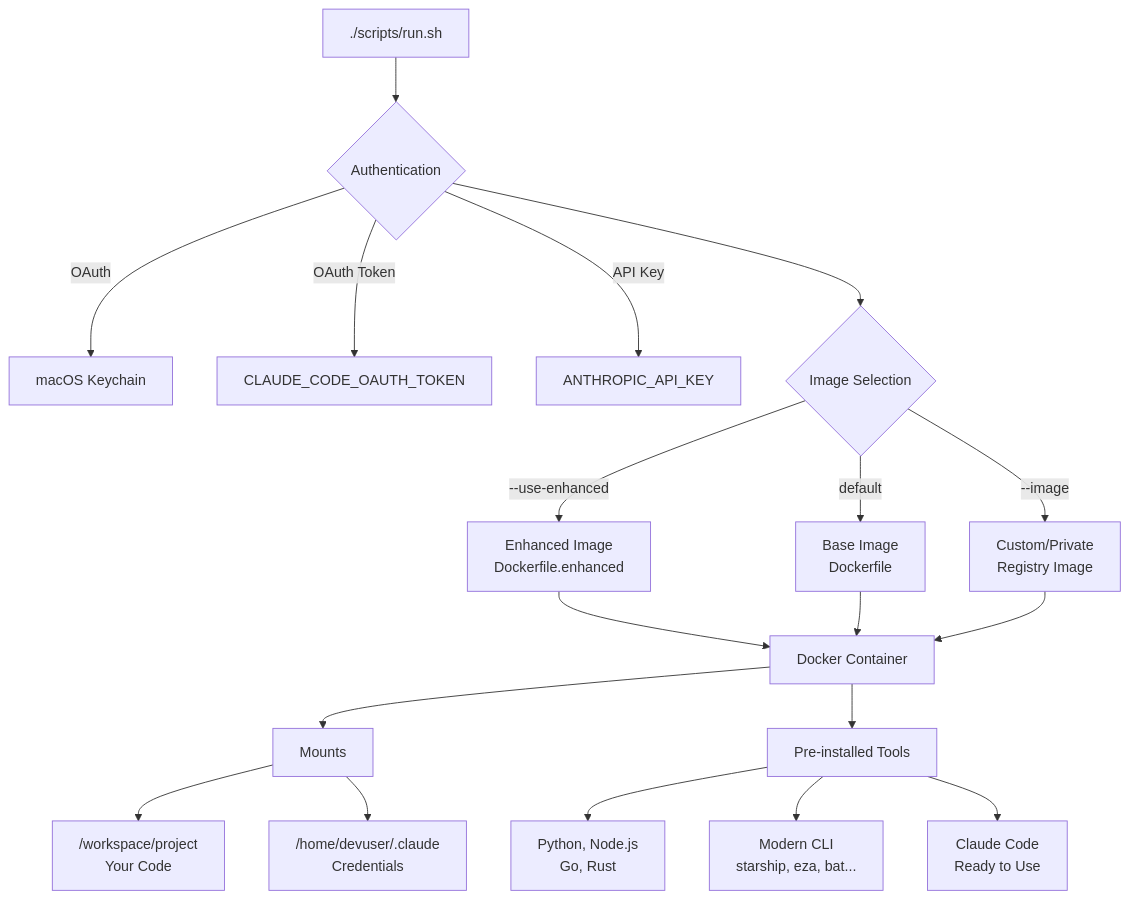
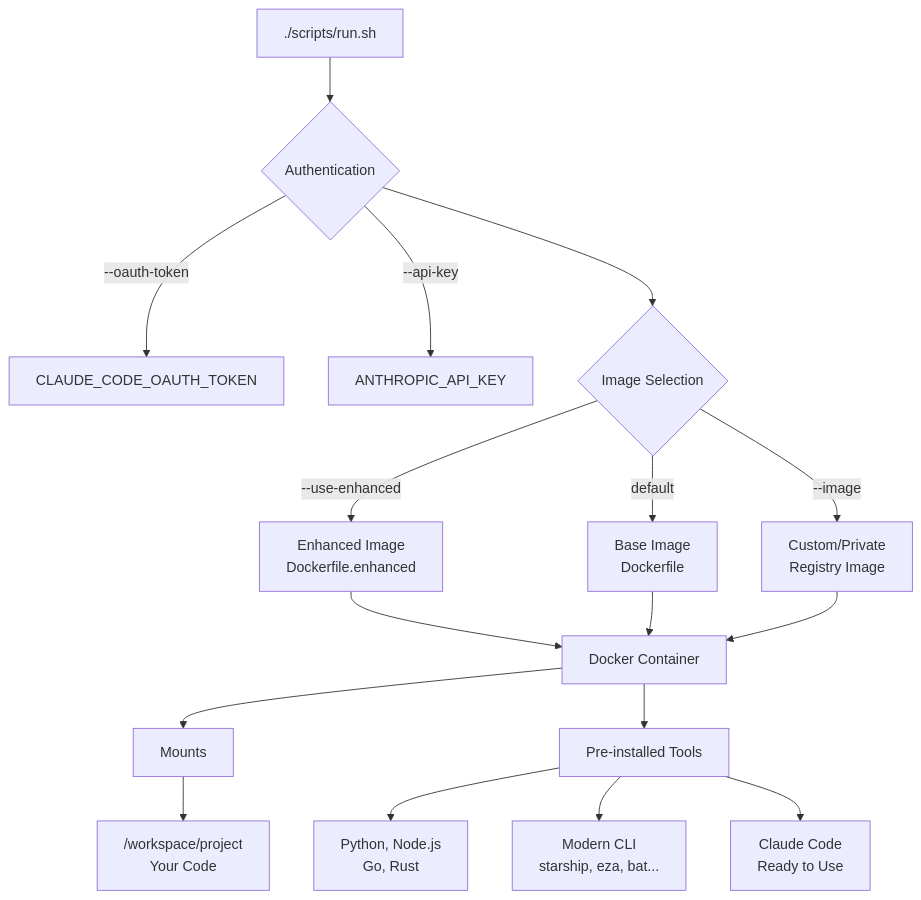
One commit to grandcamel/claude-devcontainer changed the diagram in README.md. Above: the diagram before and after it, drawn with Mermaid. The commit also changed other lines of this file and 3 other files, not shown here.

First line of the commit message:
refactor: simplify auth to OAuth token and API key only

````diff
--- a/README.md
+++ b/README.md
@@ -459,23 +457,21 @@
 ```mermaid
 flowchart TD
     U["./scripts/run.sh"] --> AUTH{"Authentication"}
-    AUTH -->|OAuth| KC["macOS Keychain"]
-    AUTH -->|OAuth Token| OT["CLAUDE_CODE_OAUTH_TOKEN"]
-    AUTH -->|API Key| ENV["ANTHROPIC_API_KEY"]
+    AUTH -->|--oauth-token| OT["CLAUDE_CODE_OAUTH_TOKEN"]
+    AUTH -->|--api-key| ENV["ANTHROPIC_API_KEY"]
 
     AUTH --> IMG{"Image Selection"}
     IMG -->|--use-enhanced| ENH["Enhanced Image<br/>Dockerfile.enhanced"]
     IMG -->|default| BASE["Base Image<br/>Dockerfile"]
     IMG -->|--image| CUSTOM["Custom/Private<br/>Registry Image"]
 
     ENH & BASE & CUSTOM --> RUN["Docker Container"]
 
     RUN --> MOUNT["Mounts"]
     MOUNT --> PROJ["/workspace/project<br/>Your Code"]
-    MOUNT --> CREDS["/home/devuser/.claude<br/>Credentials"]
 
     RUN --> TOOLS["Pre-installed Tools"]
     TOOLS --> LANG["Python, Node.js<br/>Go, Rust"]
     TOOLS --> CLI["Modern CLI<br/>starship, eza, bat..."]
     TOOLS --> CLAUDE["Claude Code<br/>Ready to Use"]
 ```
````
